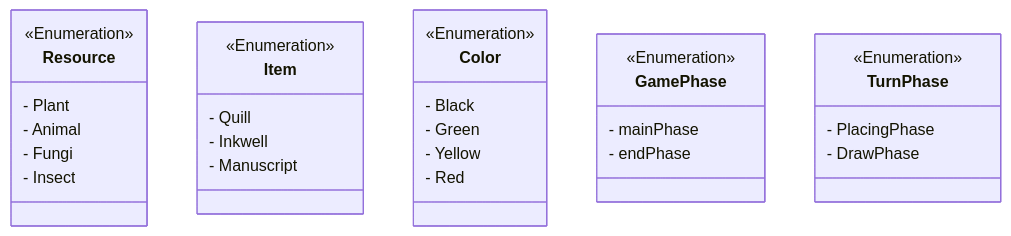
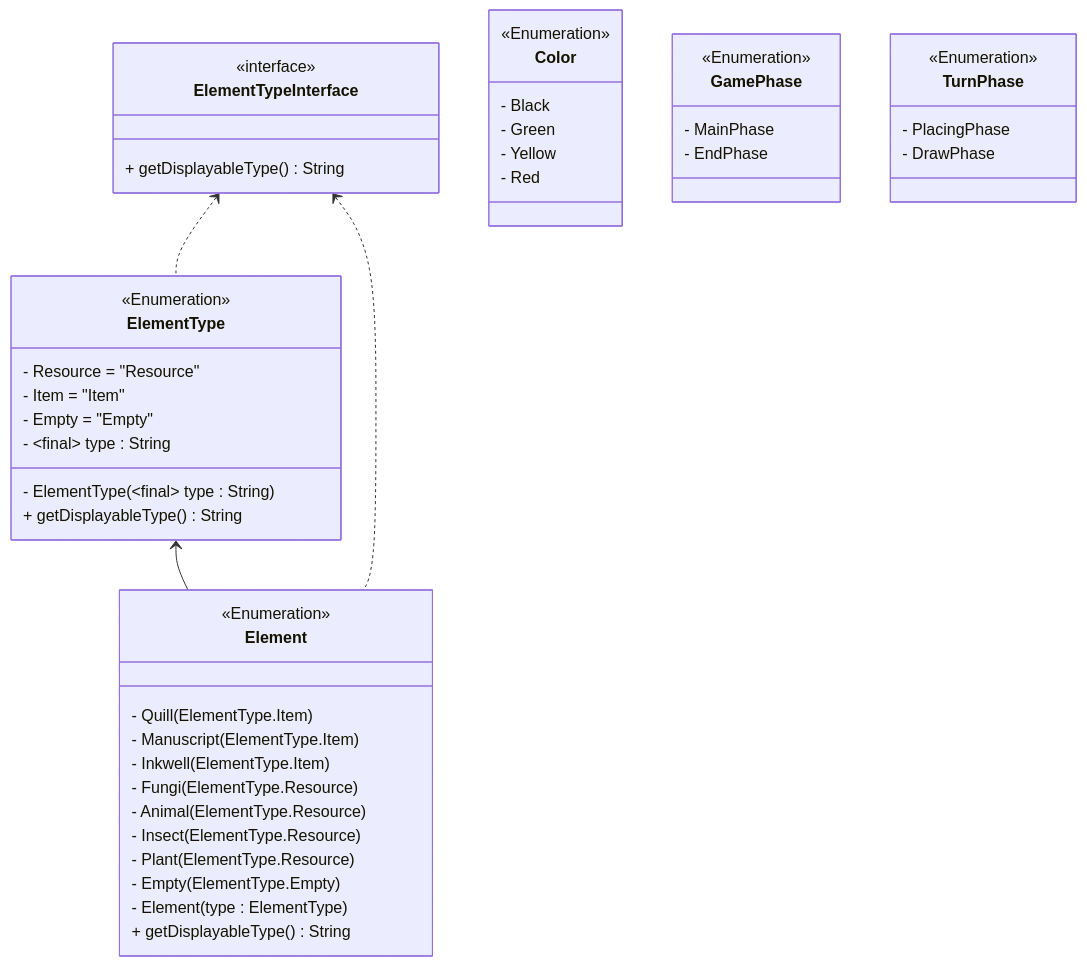
One commit to Pole11/ing-sw-2024-polelli-pozzi-quartieri-tessera changed the third of 5 diagrams in deliverables/uml.md. Above: the diagram before and after it, drawn with Mermaid. The commit also changed other lines of this file and 65 other files, not shown here.

Commit message:
refactor of challenge, card, exception, modified methods of board, added chat, message, elements enums in uml.md; completed uml.md for peer-review

````diff
--- a/deliverables/uml.md
+++ b/deliverables/uml.md
@@ -233,38 +274,55 @@
 ```mermaid
 classDiagram
 
-  class Resource {
-    <<Enumeration>>
-    - Plant  
-    - Animal 
-    - Fungi  
-    - Insect 
-  }
-
-  class Item {
-    <<Enumeration>>
-    - Quill
-    - Inkwell
-    - Manuscript
-  }
+class ElementTypeInterface {
+      <<interface>>
+      + getDisplayableType() String
+ }
+ 
+ class ElementType {
+   <<Enumeration>>
+   - Resource = "Resource"
+   - Item = "Item"
+   - Empty = "Empty"
+   - ~final~ type : String
+   - ElementType(~final~ type : String)
+   + getDisplayableType() String
+ }
+ 
+ class Element {
+   <<Enumeration>>
+   - Quill(ElementType.Item)
+   - Manuscript(ElementType.Item)
+   - Inkwell(ElementType.Item)
+   - Fungi(ElementType.Resource)
+   - Animal(ElementType.Resource)
+   - Insect(ElementType.Resource)
+   - Plant(ElementType.Resource)
+   - Empty(ElementType.Empty)
+   - Element(type : ElementType)
+   + getDisplayableType() String
+ }
 
   class Color {
     <<Enumeration>>
     - Black
     - Green
     - Yellow
     - Red
   }
 
   class GamePhase {
     <<Enumeration>>
-    - mainPhase
-    - endPhase
+    - MainPhase
+    - EndPhase
   }
 
   class TurnPhase {
     <<Enumeration>>
     - PlacingPhase
     - DrawPhase
   }
+  ElementType <-- Element
+  ElementTypeInterface <.. ElementType
+  ElementTypeInterface <.. Element
 ```
````
